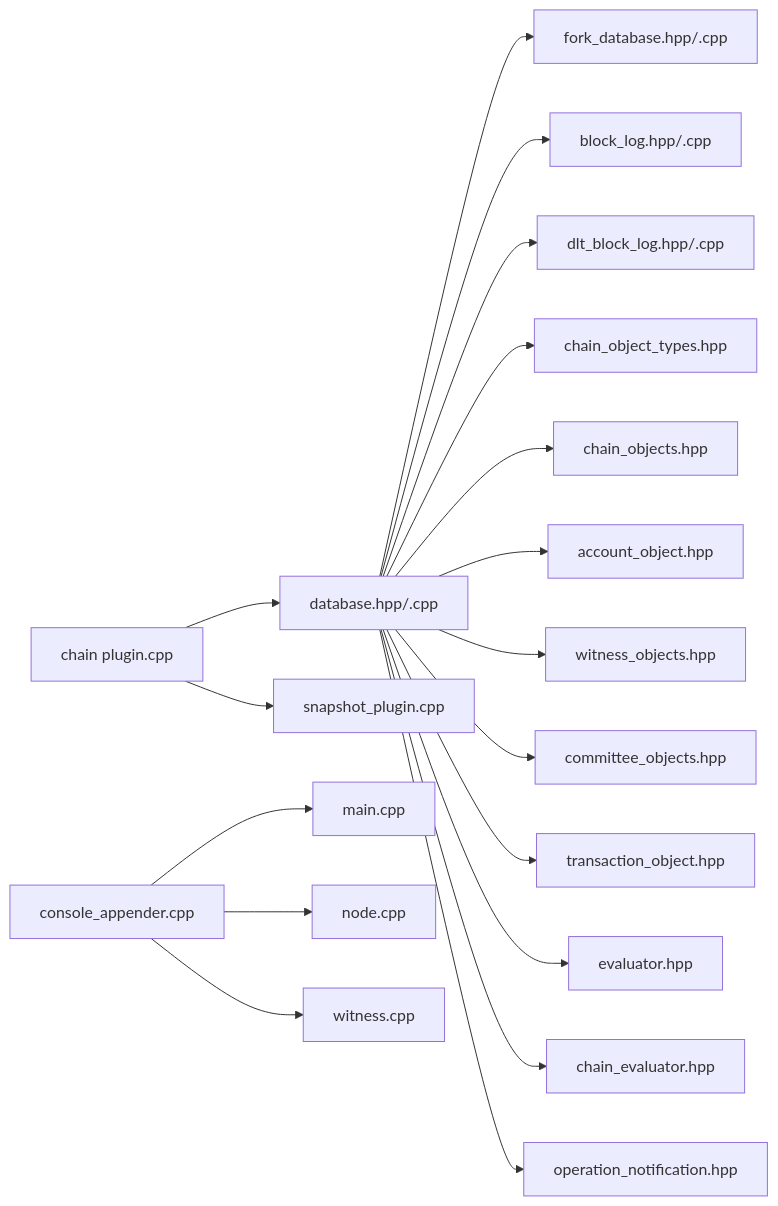
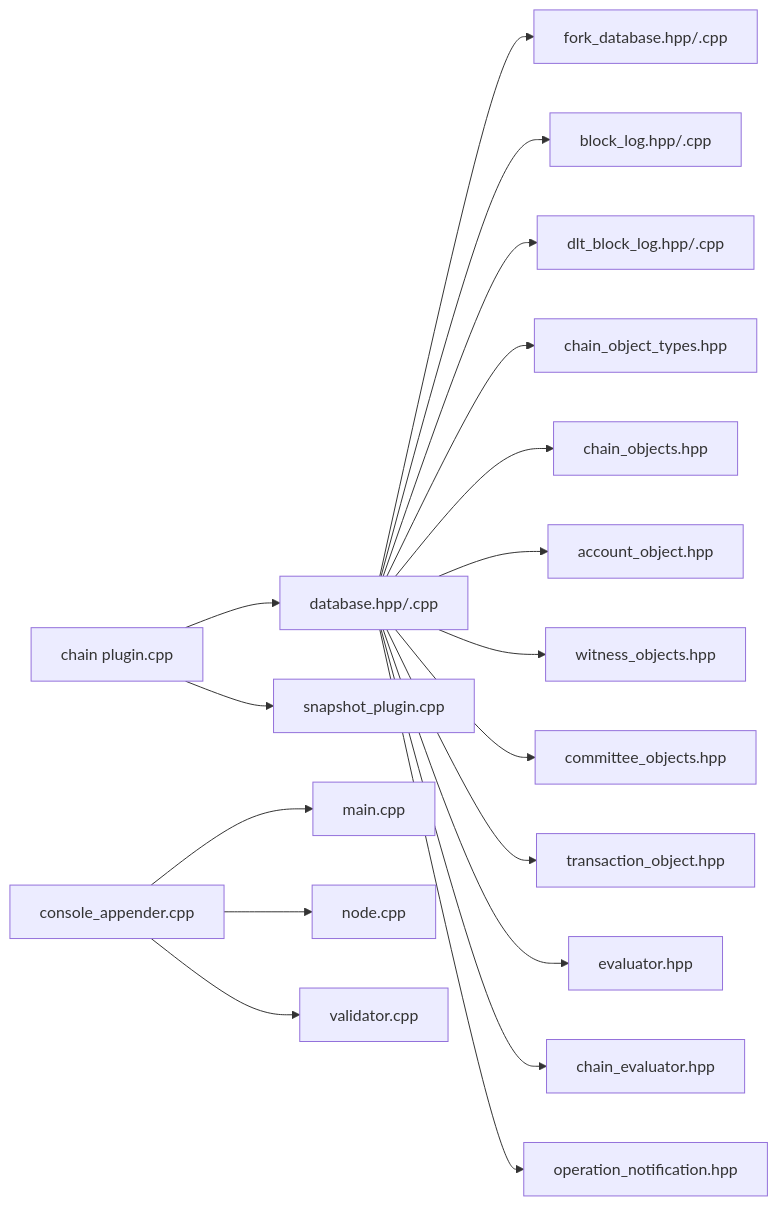
Before and after one commit to VIZ-Blockchain/viz-cpp-node: diagram 12 of 12 in .qoder/repowiki/en/content/Architecture Overview/Core Libraries/Chain Library/Chain Library.md, drawn with Mermaid. The commit also changed other lines of this file and 88 other files, not shown here.

First line of the commit message:
docs(validator): rename witness to validator throughout documentation

````diff
--- a/.qoder/repowiki/en/content/Architecture Overview/Core Libraries/Chain Library/Chain Library.md
+++ b/.qoder/repowiki/en/content/Architecture Overview/Core Libraries/Chain Library/Chain Library.md
@@ -782,20 +782,20 @@
 ```mermaid
 graph LR
 DB["database.hpp/.cpp"] --> FDB["fork_database.hpp/.cpp"]
 DB --> BLK["block_log.hpp/.cpp"]
 DB --> DLT["dlt_block_log.hpp/.cpp"]
 DB --> OT["chain_object_types.hpp"]
 DB --> CO["chain_objects.hpp"]
 DB --> AO["account_object.hpp"]
 DB --> WO["witness_objects.hpp"]
 DB --> CT["committee_objects.hpp"]
 DB --> TO["transaction_object.hpp"]
 DB --> EV["evaluator.hpp"]
 DB --> CEV["chain_evaluator.hpp"]
 DB --> ON["operation_notification.hpp"]
 CHAINPLUG["chain plugin.cpp"] --> SNAP["snapshot_plugin.cpp"]
 CHAINPLUG --> DB
 LOGSYS["console_appender.cpp"] --> MAIN["main.cpp"]
 LOGSYS --> SYNC["node.cpp"]
-LOGSYS --> WITNESS["witness.cpp"]
+LOGSYS --> validator["validator.cpp"]
 ```
````
